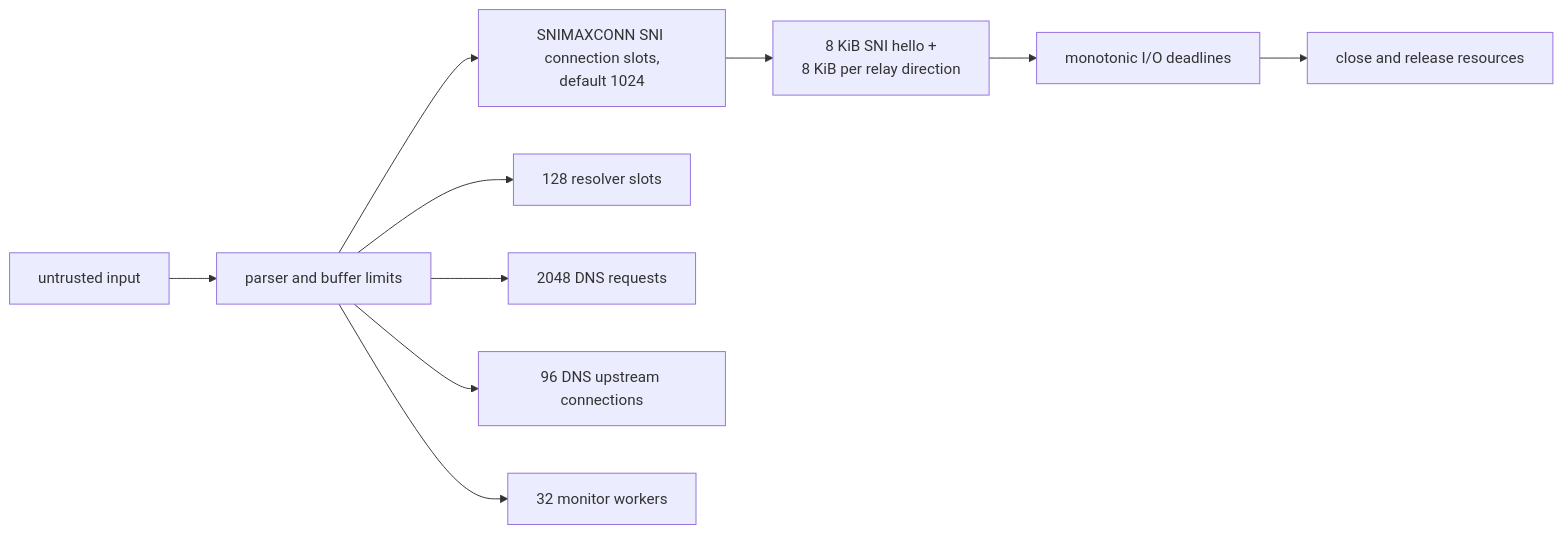
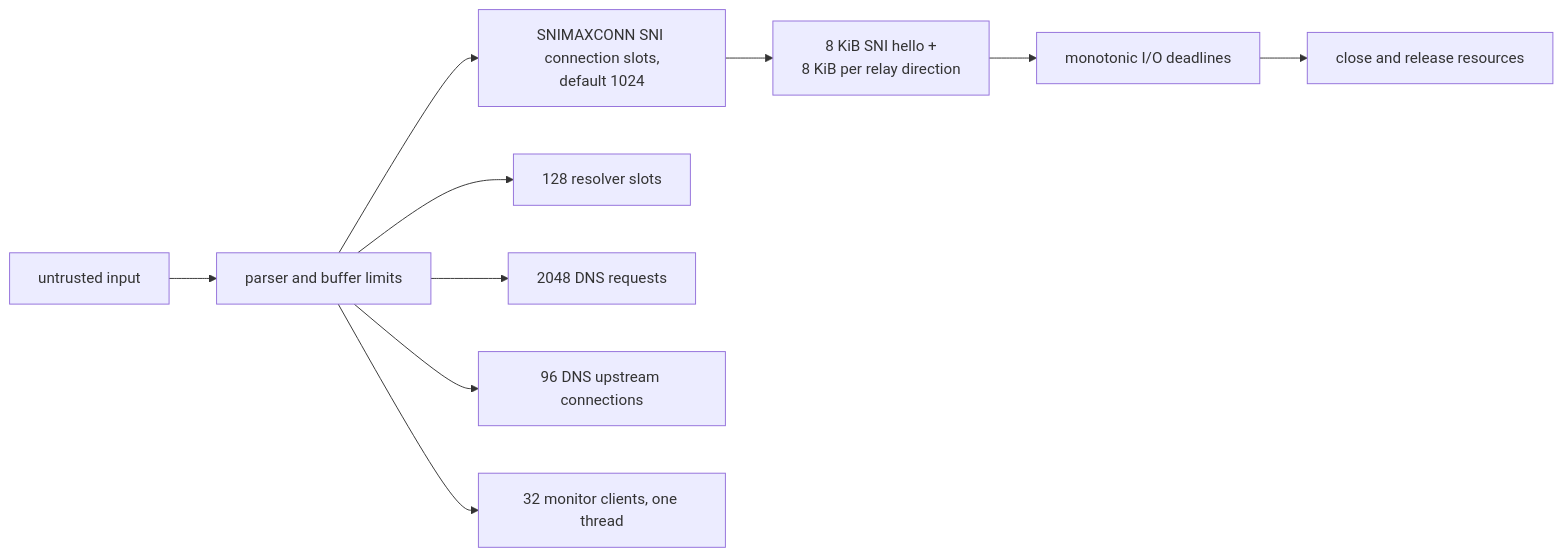
Before and after one commit to 0x7a657573/zroxy: the tenth of 11 diagrams in ARCHITECTURE.md, drawn with Mermaid. The commit also changed other lines of this file and 2 other files, not shown here.

Commit message:
docs: describe the single-thread monitor

````diff
--- a/ARCHITECTURE.md
+++ b/ARCHITECTURE.md
@@ -997,12 +993,12 @@
 ```mermaid
 flowchart LR
     Input[untrusted input] --> Limits[parser and buffer limits]
     Limits --> Conn[SNIMAXCONN SNI connection slots,\ndefault 1024]
     Limits --> Resolver[128 resolver slots]
     Limits --> DNSR[2048 DNS requests]
     Limits --> DNSU[96 DNS upstream connections]
-    Limits --> MonW[32 monitor workers]
+    Limits --> MonC[32 monitor clients, one thread]
     Conn --> Buffers[8 KiB SNI hello +\n8 KiB per relay direction]
     Buffers --> Deadline[monotonic I/O deadlines]
     Deadline --> Close[close and release resources]
 ```
````
